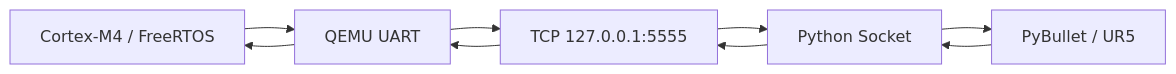
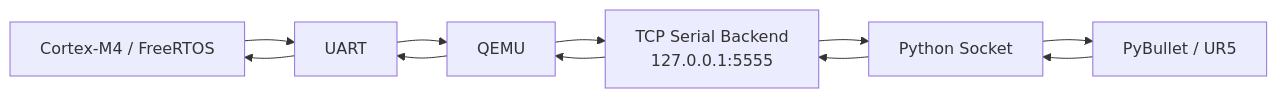
The third of 4 diagrams in docs/part1/04_env.md (Lemon-Li-x86/six-axis-robot-motion-control), drawn with Mermaid before and after one commit. The commit also changed other lines of this file, not shown here.

````diff
--- a/docs/part1/04_env.md
+++ b/docs/part1/04_env.md
@@ -288,18 +320,21 @@
 ```mermaid
 flowchart LR
     A["Cortex-M4 / FreeRTOS"]
-    B["QEMU UART"]
-    C["TCP 127.0.0.1:5555"]
-    D["Python Socket"]
-    E["PyBullet / UR5"]
+    B["UART"]
+    C["QEMU"]
+    D["TCP Serial Backend<br/>127.0.0.1:5555"]
+    E["Python Socket"]
+    F["PyBullet / UR5"]
 
     A --> B
     B --> C
     C --> D
     D --> E
+    E --> F
 
+    F --> E
     E --> D
     D --> C
     C --> B
     B --> A
 ```
````
